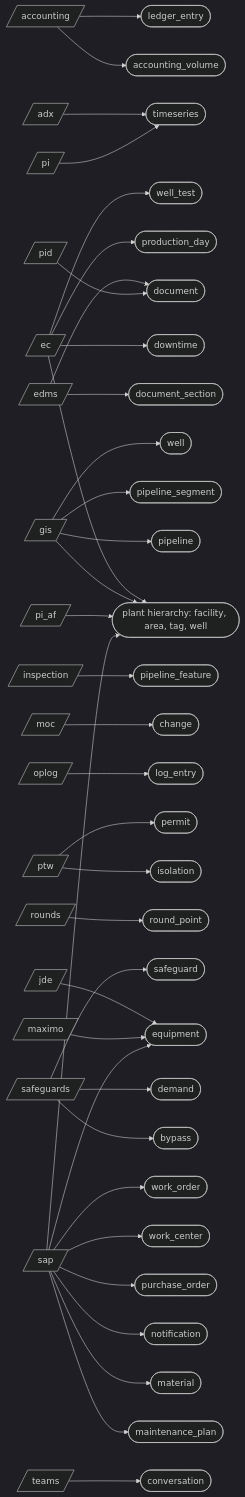
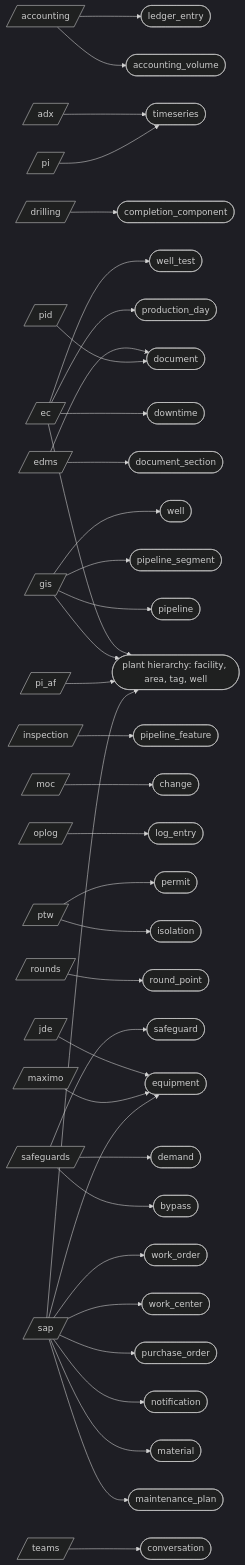
One commit to areed145/fuzer changed the second of 3 diagrams in docs/architecture.md. Above: the diagram before and after it, drawn with Mermaid (dark theme). The commit also changed other lines of this file and 19 other files, not shown here.

```diff
--- a/docs/architecture.md
+++ b/docs/architecture.md
@@ -81,6 +81,7 @@
 flowchart LR
   src_accounting[/"accounting"/]
   src_adx[/"adx"/]
+  src_drilling[/"drilling"/]
   src_ec[/"ec"/]
   src_edms[/"edms"/]
   src_gis[/"gis"/]
@@ -100,6 +101,7 @@
   kind_accounting_volume(["accounting_volume"])
   kind_bypass(["bypass"])
   kind_change(["change"])
+  kind_completion_component(["completion_component"])
   kind_conversation(["conversation"])
   kind_demand(["demand"])
   kind_document(["document"])
@@ -129,6 +131,7 @@
   src_accounting --> kind_accounting_volume
   src_accounting --> kind_ledger_entry
   src_adx --> kind_timeseries
+  src_drilling --> kind_completion_component
   src_ec --> kind_downtime
   src_ec --> kind_plant_hierarchy__facility__area__tag__well
   src_ec --> kind_production_day
```
